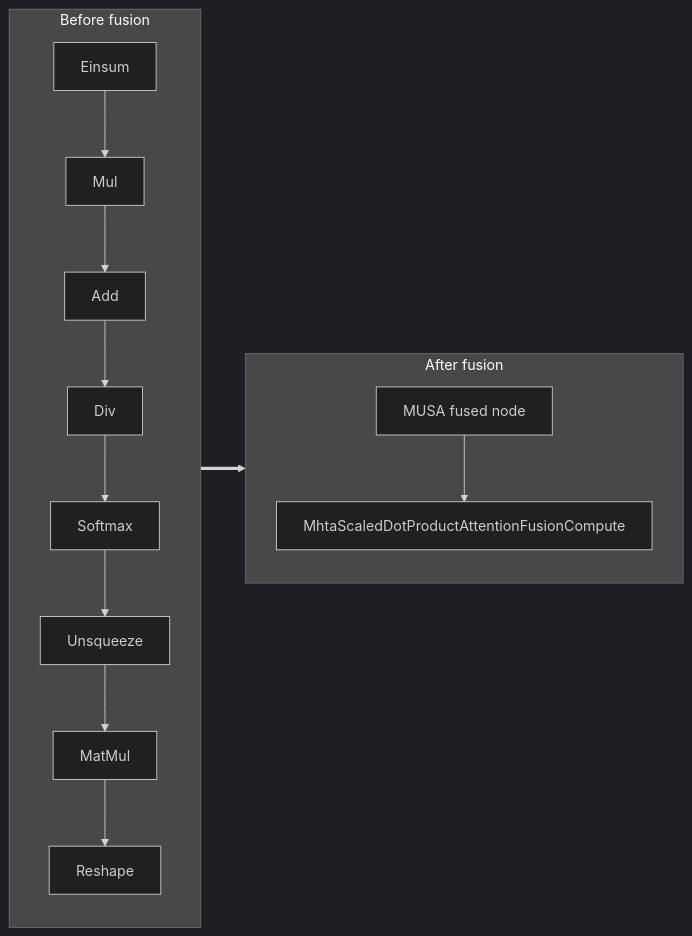
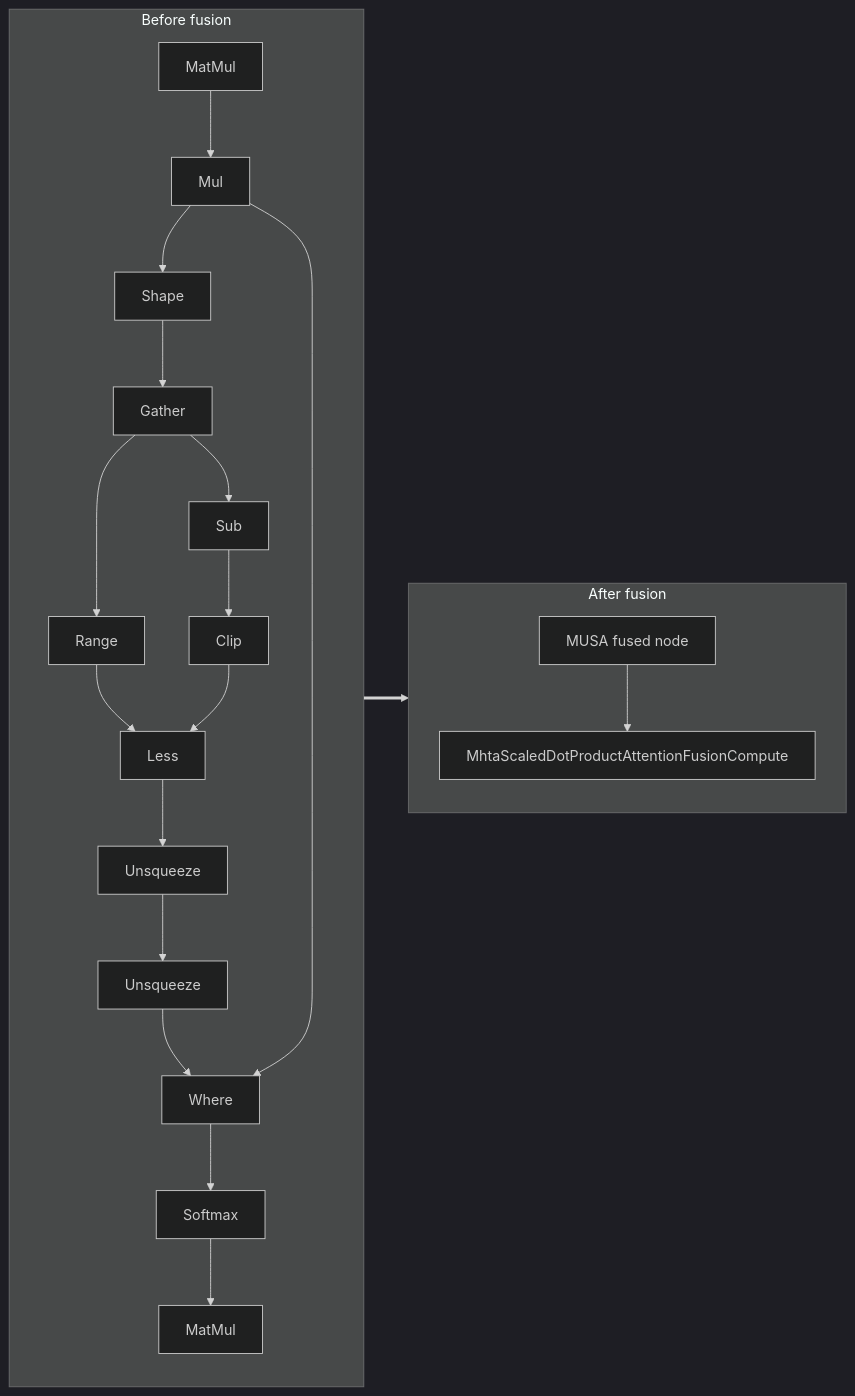
Before and after one commit to MooreThreads/onnxruntime-musa: the diagram in musa/docs/fusion/mhta_scaled_dot_product_attention.md, drawn with Mermaid (dark theme). The commit also changed other lines of this file and 9 other files, not shown here.

````diff
--- a/musa/docs/fusion/mhta_scaled_dot_product_attention.md
+++ b/musa/docs/fusion/mhta_scaled_dot_product_attention.md
@@ -24,26 +24,38 @@
 ```mermaid
 flowchart LR
   subgraph Before[Before fusion]
-    B0["Einsum"]
+    B0["MatMul"]
     B1["Mul"]
-    B2["Add"]
-    B3["Div"]
-    B4["Softmax"]
-    B5["Unsqueeze"]
-    B6["MatMul"]
-    B7["Reshape"]
+    B2["Shape"]
+    B3["Gather"]
+    B4["Sub"]
+    B5["Clip"]
+    B6["Range"]
+    B7["Less"]
+    B8["Unsqueeze"]
+    B9["Unsqueeze"]
+    B10["Where"]
+    B11["Softmax"]
+    B12["MatMul"]
     B0 --> B1
     B1 --> B2
     B2 --> B3
     B3 --> B4
     B4 --> B5
-    B5 --> B6
+    B3 --> B6
     B6 --> B7
+    B5 --> B7
+    B7 --> B8
+    B8 --> B9
+    B9 --> B10
+    B1 --> B10
+    B10 --> B11
+    B11 --> B12
   end
   subgraph After[After fusion]
     A0["MUSA fused node"]
     A1["MhtaScaledDotProductAttentionFusionCompute"]
     A0 --> A1
   end
   Before ==> After
 ```
````
